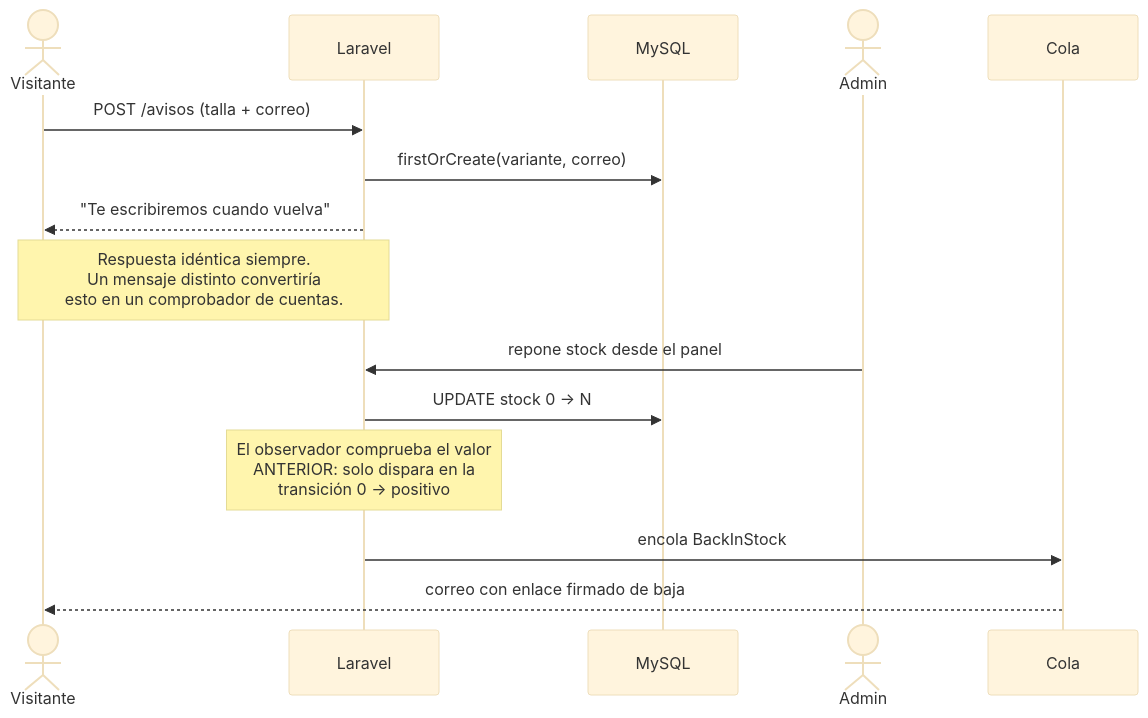
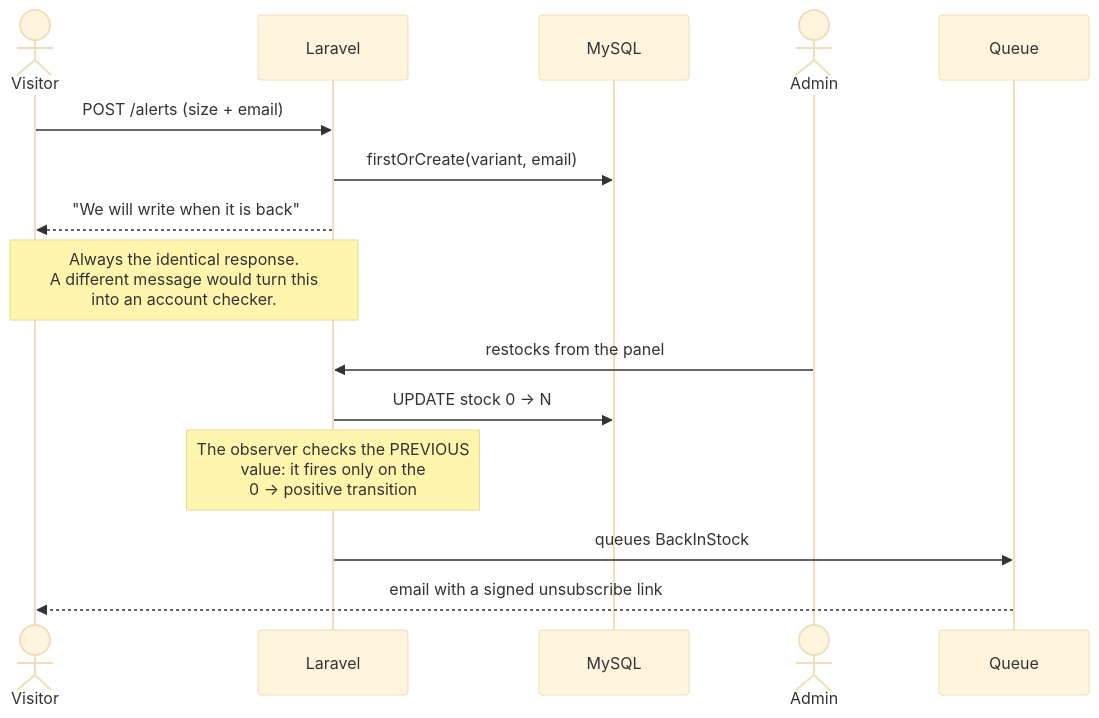
One commit to Zoel-Manchon/elitewear-xi changed the seventh of 7 diagrams in README.md. Above: the diagram before and after it, drawn with Mermaid (base theme). The commit also changed other lines of this file, not shown here.

````diff
--- a/README.md
+++ b/README.md
@@ -409,19 +401,19 @@
 ```mermaid
 sequenceDiagram
-    actor V as Visitante
+    actor V as Visitor
     participant L as Laravel
     participant DB as MySQL
     actor A as Admin
-    participant Q as Cola
+    participant Q as Queue
 
-    V->>L: POST /avisos (talla + correo)
-    L->>DB: firstOrCreate(variante, correo)
-    L-->>V: "Te escribiremos cuando vuelva"
-    Note over L,V: Respuesta idéntica siempre.<br/>Un mensaje distinto convertiría<br/>esto en un comprobador de cuentas.
+    V->>L: POST /alerts (size + email)
+    L->>DB: firstOrCreate(variant, email)
+    L-->>V: "We will write when it is back"
+    Note over L,V: Always the identical response.<br/>A different message would turn this<br/>into an account checker.
 
-    A->>L: repone stock desde el panel
+    A->>L: restocks from the panel
     L->>DB: UPDATE stock 0 -> N
-    Note over L: El observador comprueba el valor<br/>ANTERIOR: solo dispara en la<br/>transición 0 -> positivo
-    L->>Q: encola BackInStock
-    Q-->>V: correo con enlace firmado de baja
+    Note over L: The observer checks the PREVIOUS<br/>value: it fires only on the<br/>0 -> positive transition
+    L->>Q: queues BackInStock
+    Q-->>V: email with a signed unsubscribe link
 ```
````
